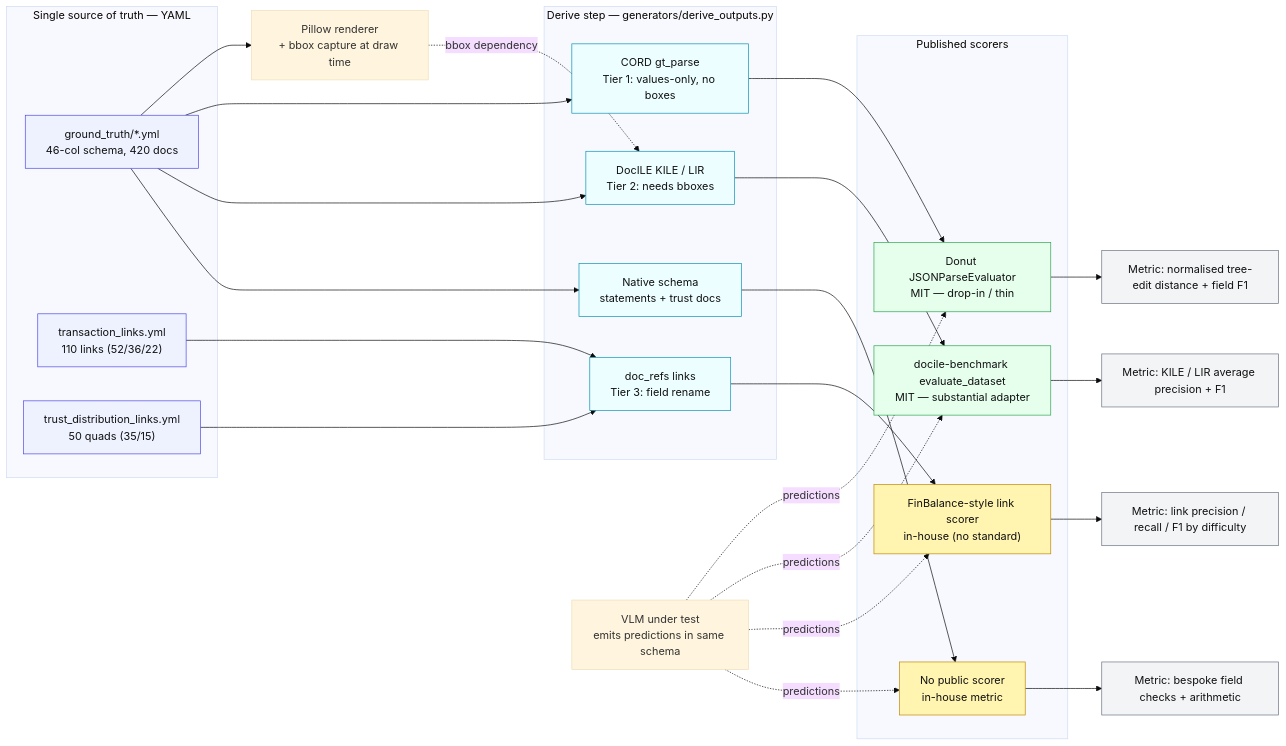
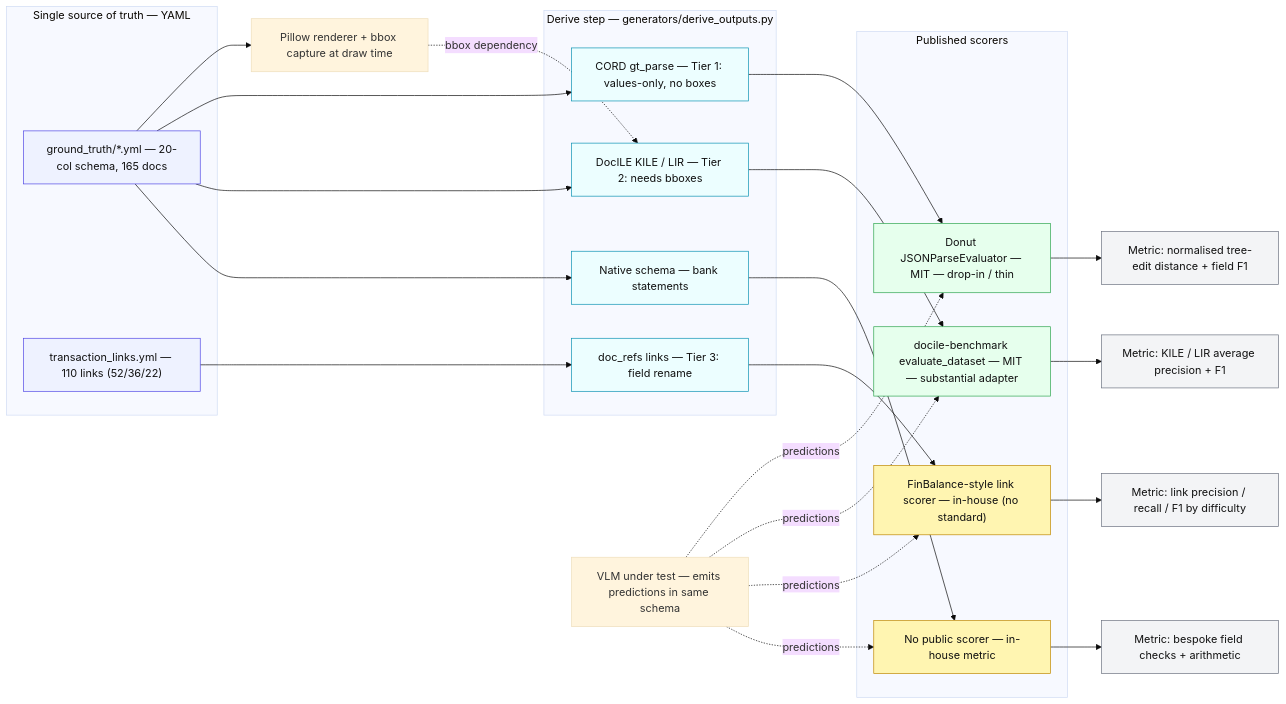
Before and after one commit to tmnestor/Synthetic_Doc_Generation: the diagram in docs/GroundTruth_Export_Spec.md, drawn with Mermaid (base theme). The commit also changed other lines of this file and 25 other files, not shown here.

````diff
--- a/docs/GroundTruth_Export_Spec.md
+++ b/docs/GroundTruth_Export_Spec.md
@@ -424,60 +361,58 @@
 ```mermaid
 flowchart LR
     subgraph SoT["Single source of truth — YAML"]
-        GT["ground_truth/*.yml<br/>46-col schema, 420 docs"]
-        TL["transaction_links.yml<br/>110 links (52/36/22)"]
-        TDL["trust_distribution_links.yml<br/>50 quads (35/15)"]
+        GT["ground_truth/*.yml — 20-col schema, 165 docs"]
+        TL["transaction_links.yml — 110 links (52/36/22)"]
     end
 
-    RENDER["Pillow renderer<br/>+ bbox capture at draw time"]
+    RENDER["Pillow renderer + bbox capture at draw time"]
     GT --> RENDER
 
     subgraph DERIVE["Derive step — generators/derive_outputs.py"]
-        CORD["CORD gt_parse<br/>Tier 1: values-only, no boxes"]
-        DOCILE["DocILE KILE / LIR<br/>Tier 2: needs bboxes"]
-        REFS["doc_refs links<br/>Tier 3: field rename"]
-        NATIVE["Native schema<br/>statements + trust docs"]
+        CORD["CORD gt_parse — Tier 1: values-only, no boxes"]
+        DOCILE["DocILE KILE / LIR — Tier 2: needs bboxes"]
+        REFS["doc_refs links — Tier 3: field rename"]
+        NATIVE["Native schema — bank statements"]
     end
 
     GT --> CORD
     GT --> DOCILE
     RENDER -. "bbox dependency" .-> DOCILE
     TL --> REFS
-    TDL --> REFS
     GT --> NATIVE
 
-    VLM["VLM under test<br/>emits predictions in same schema"]
+    VLM["VLM under test — emits predictions in same schema"]
 
     subgraph SCORE["Published scorers"]
-        JPE["Donut JSONParseEvaluator<br/>MIT — drop-in / thin"]
-        DB["docile-benchmark evaluate_dataset<br/>MIT — substantial adapter"]
-        LINK["FinBalance-style link scorer<br/>in-house (no standard)"]
-        EXT["No public scorer<br/>in-house metric"]
+        JPE["Donut JSONParseEvaluator — MIT — drop-in / thin"]
+        DB["docile-benchmark evaluate_dataset — MIT — substantial adapter"]
+        LINK["FinBalance-style link scorer — in-house (no standard)"]
+        EXT["No public scorer — in-house metric"]
     end
 
     CORD --> JPE
     DOCILE --> DB
     REFS --> LINK
     NATIVE --> EXT
     VLM -. predictions .-> JPE
     VLM -. predictions .-> DB
     VLM -. predictions .-> LINK
     VLM -. predictions .-> EXT
 
     JPE --> M1["Metric: normalised tree-edit distance + field F1"]
     DB --> M2["Metric: KILE / LIR average precision + F1"]
     LINK --> M3["Metric: link precision / recall / F1 by difficulty"]
     EXT --> M4["Metric: bespoke field checks + arithmetic"]
 
     classDef sot fill:#eef2ff,stroke:#4f46e5,color:#111;
     classDef derive fill:#ecfeff,stroke:#0891b2,color:#111;
     classDef mit fill:#e6ffed,stroke:#2da44e,color:#111;
     classDef risk fill:#fff5b1,stroke:#bf8700,color:#111;
     classDef metric fill:#f3f4f6,stroke:#6b7280,color:#111;
 
-    class GT,TL,TDL sot;
+    class GT,TL sot;
     class CORD,DOCILE,REFS,NATIVE derive;
     class JPE,DB mit;
     class LINK,EXT risk;
     class M1,M2,M3,M4 metric;
 ```
````
